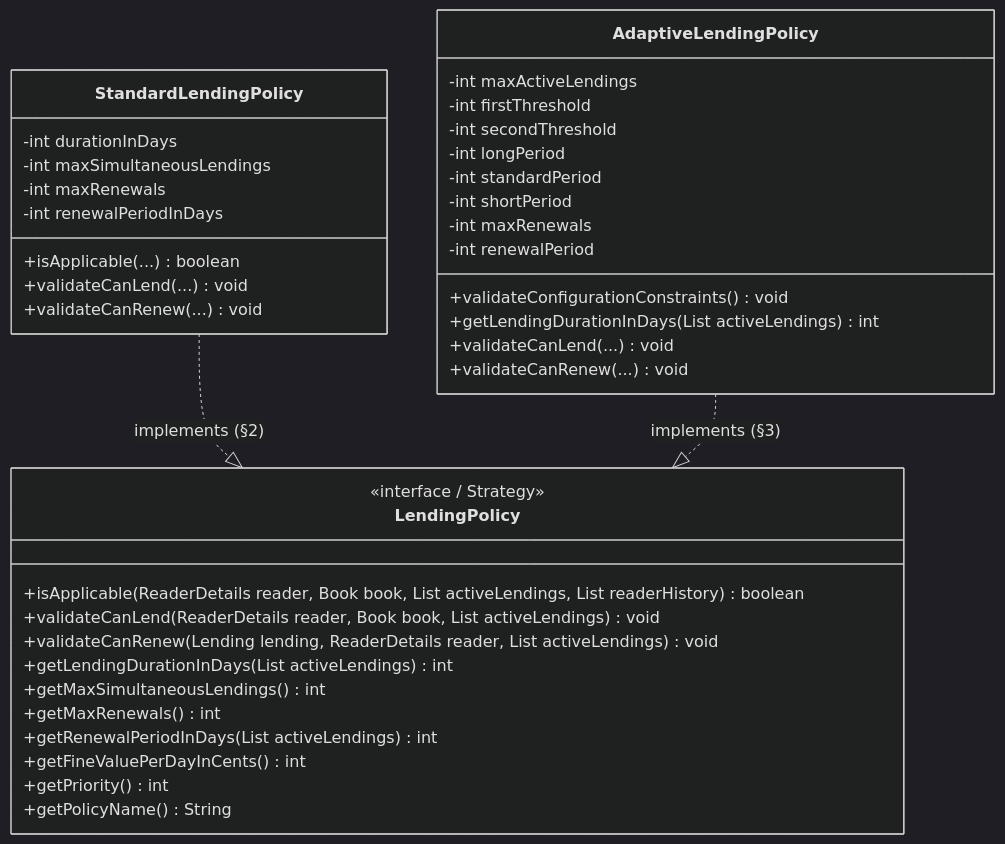
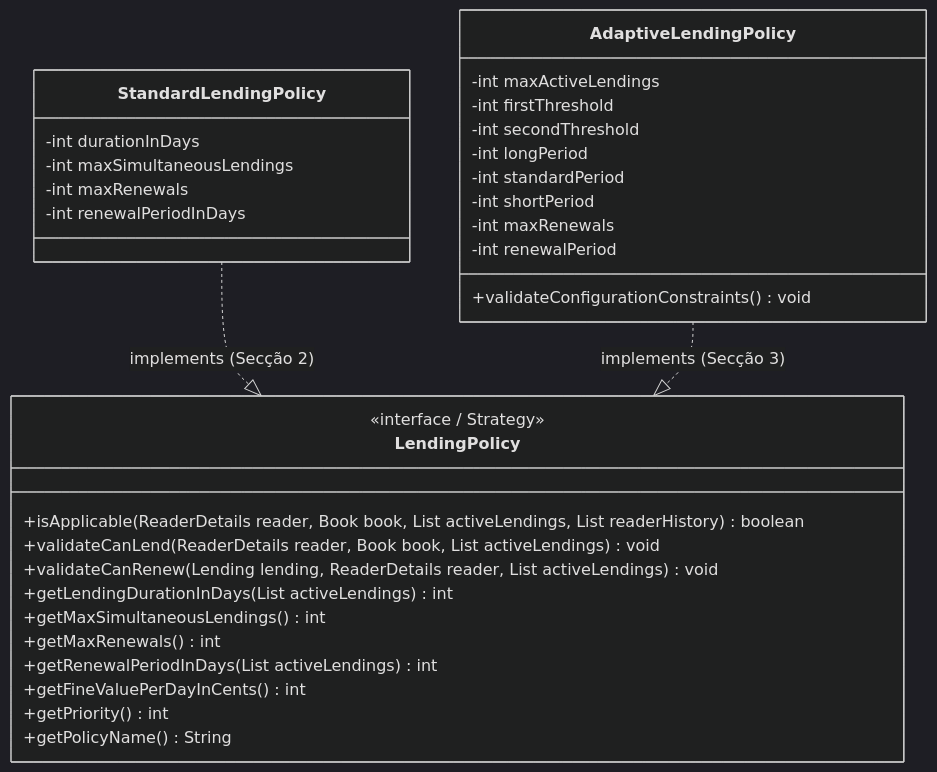
Before and after one commit to RafaelBrandao04/psoft-project-2026-1: the fourth of 4 diagrams in Docs/ARQSOFT/system-to-be/architectural-patterns.md, drawn with Mermaid (dark theme). The commit also changed other lines of this file and 8 other files, not shown here.

Commit message:
docs(arqsoft): sync architecture and testing docs with codebase and remove theoretical bloat

````diff
--- a/Docs/ARQSOFT/system-to-be/architectural-patterns.md
+++ b/Docs/ARQSOFT/system-to-be/architectural-patterns.md
@@ -186,43 +118,37 @@
 ```mermaid
 classDiagram
     direction TB
     class LendingPolicy {
         <<interface / Strategy>>
         +isApplicable(ReaderDetails reader, Book book, List activeLendings, List readerHistory) boolean
         +validateCanLend(ReaderDetails reader, Book book, List activeLendings) void
         +validateCanRenew(Lending lending, ReaderDetails reader, List activeLendings) void
         +getLendingDurationInDays(List activeLendings) int
         +getMaxSimultaneousLendings() int
         +getMaxRenewals() int
         +getRenewalPeriodInDays(List activeLendings) int
         +getFineValuePerDayInCents() int
         +getPriority() int
         +getPolicyName() String
     }
     class StandardLendingPolicy {
         -int durationInDays
         -int maxSimultaneousLendings
         -int maxRenewals
         -int renewalPeriodInDays
-        +isApplicable(...) boolean
-        +validateCanLend(...) void
-        +validateCanRenew(...) void
     }
     class AdaptiveLendingPolicy {
         -int maxActiveLendings
         -int firstThreshold
         -int secondThreshold
         -int longPeriod
         -int standardPeriod
         -int shortPeriod
         -int maxRenewals
         -int renewalPeriod
         +validateConfigurationConstraints() void
-        +getLendingDurationInDays(List activeLendings) int
-        +validateCanLend(...) void
-        +validateCanRenew(...) void
     }
 
-    StandardLendingPolicy ..|> LendingPolicy : implements (§2)
-    AdaptiveLendingPolicy ..|> LendingPolicy : implements (§3)
+    StandardLendingPolicy ..|> LendingPolicy : implements (Secção 2)
+    AdaptiveLendingPolicy ..|> LendingPolicy : implements (Secção 3)
 ```
````
